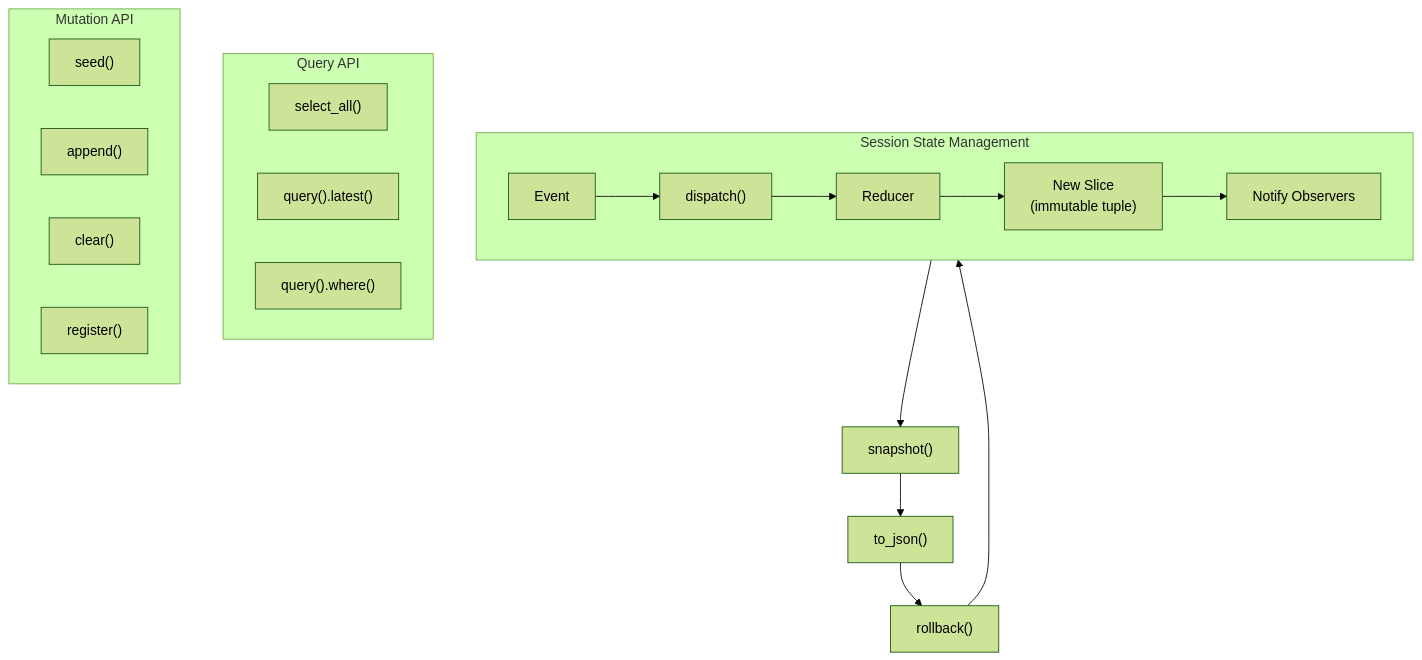
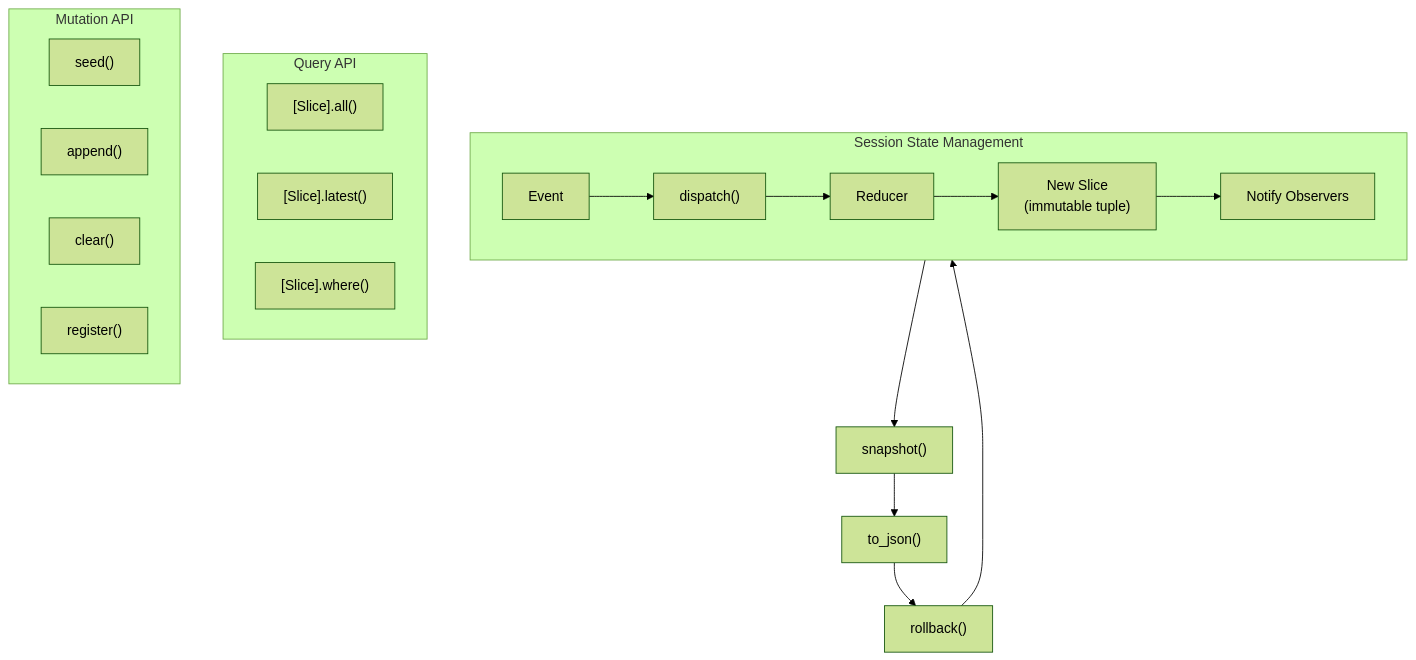
Before and after one commit to weakincentives/weakincentives: the first of 2 diagrams in specs/SESSIONS.md, drawn with Mermaid (forest theme). The commit also changed other lines of this file and 3 other files, not shown here.

First line of the commit message:
Remove redundant select_all from public protocol

````diff
--- a/specs/SESSIONS.md
+++ b/specs/SESSIONS.md
@@ -21,27 +21,27 @@
 ```mermaid
 flowchart TB
     subgraph Session["Session State Management"]
         Event["Event"] --> Dispatch["dispatch()"]
         Dispatch --> Reducer["Reducer"]
         Reducer --> NewSlice["New Slice<br/>(immutable tuple)"]
         NewSlice --> Observers["Notify Observers"]
     end
 
     subgraph Query["Query API"]
-        Select["select_all()"]
-        QueryBuilder["query().latest()"]
-        QueryFilter["query().where()"]
+        All["[Slice].all()"]
+        Latest["[Slice].latest()"]
+        Where["[Slice].where()"]
     end
 
     subgraph Mutate["Mutation API"]
         Seed["seed()"]
         Append["append()"]
         Clear["clear()"]
         Register["register()"]
     end
 
     Session --> Snapshot["snapshot()"]
     Snapshot --> JSON["to_json()"]
     JSON --> Restore["rollback()"]
     Restore --> Session
 ```
````
